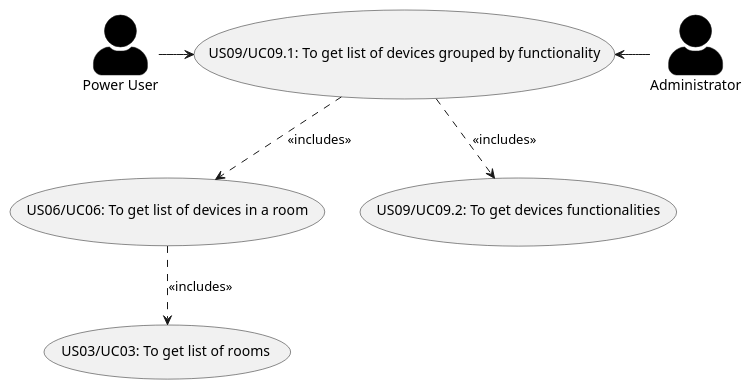
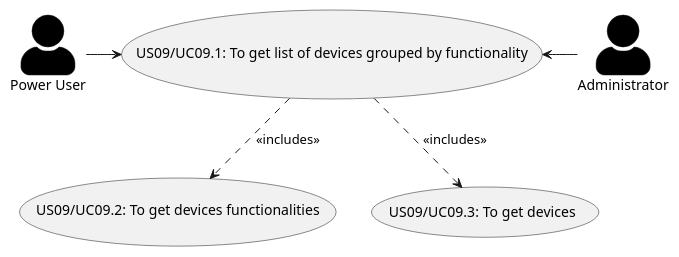
The diagram in docs/ooa/useCaseDiagram/US09GetListOfDevicesGroupedByFuncionality.puml (olivDiogo/SmartHome), drawn with PlantUML before and after one commit.

Commit message:
#102 [UPDATE]: Updated use case diagram for US09. Close issue.

```diff
--- a/docs/ooa/useCaseDiagram/US09GetListOfDevicesGroupedByFuncionality.puml
+++ b/docs/ooa/useCaseDiagram/US09GetListOfDevicesGroupedByFuncionality.puml
@@ -1,23 +1,21 @@
 @startuml
 'https://plantuml.com/use-case-diagram
 'left to right direction
 skinparam actorStyle awesome
 skinparam ActorBackgroundColor black
 
 :Administrator: as Admin
 :Power User: as Power_User
 
-(US03/UC03: To get list of rooms) as (Use3)
-(US06/UC06: To get list of devices in a room) as (Use6)
 (US09/UC09.1: To get list of devices grouped by functionality) as (Use9.1)
 (US09/UC09.2: To get devices functionalities) as (Use9.2)
+(US09/UC09.3: To get devices) as (Use9.3)
 
 Admin -left-> (Use9.1)
 
 Power_User -right-> (Use9.1)
 
-(Use6) ..> (Use3): <<includes>>
-(Use9.1) ..> (Use6): <<includes>>
+(Use9.1) ..> (Use9.3): <<includes>>
 (Use9.1) ..> (Use9.2): <<includes>>
 
 @enduml
```
